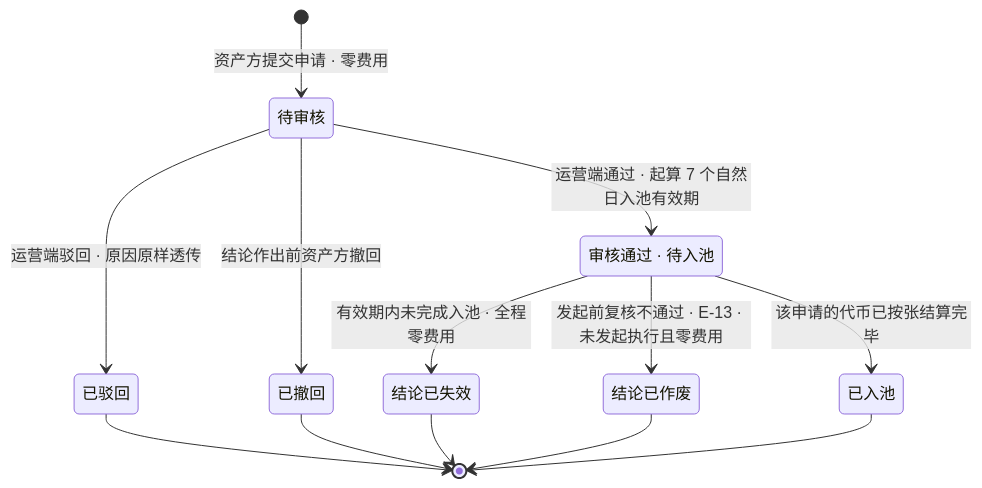
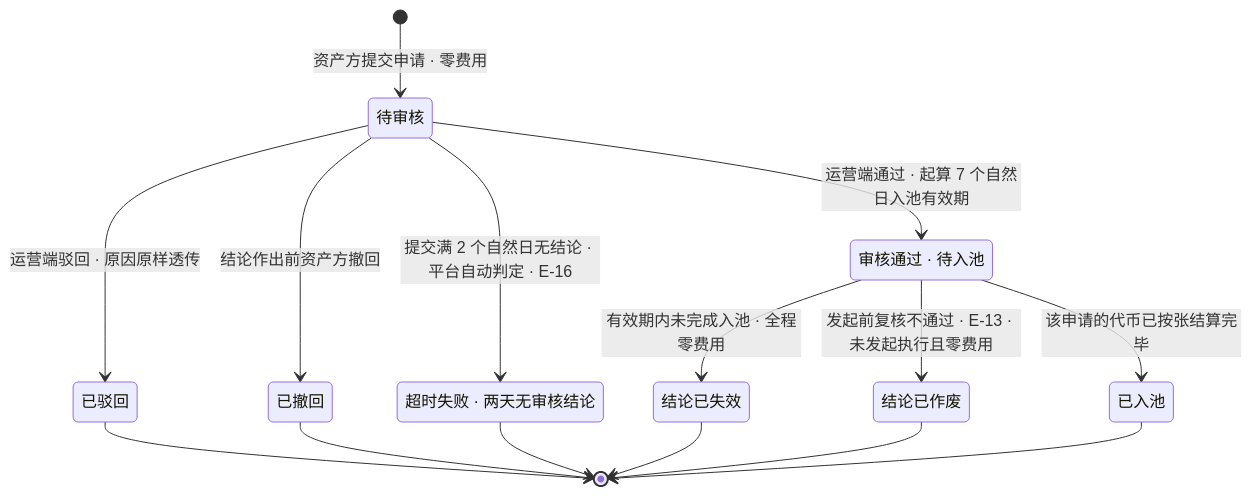
Before and after one commit to wxblockchain/Chain-Financing: the ninth of 9 diagrams in lending-platform/PRD/v1.0-借贷广场-融资需求与代币质押/v1.0-借贷广场-融资需求与代币质押-流程图与状态机.md, drawn with Mermaid. The commit also changed other lines of this file and 3 other files, not shown here.

````diff
--- a/lending-platform/PRD/v1.0-借贷广场-融资需求与代币质押/v1.0-借贷广场-融资需求与代币质押-流程图与状态机.md
+++ b/lending-platform/PRD/v1.0-借贷广场-融资需求与代币质押/v1.0-借贷广场-融资需求与代币质押-流程图与状态机.md
@@ -242,22 +244,25 @@
 ```mermaid
 stateDiagram-v2
   SUBMIT: 待审核
   APPROVED: 审核通过 · 待入池
   REJECTED: 已驳回
   CANCELED: 已撤回
   EXPIRED: 结论已失效
+  TIMEOUT: 超时失败 · 两天无审核结论
   VOIDED: 结论已作废
   DONE: 已入池
   [*] --> SUBMIT: 资产方提交申请 · 零费用
   SUBMIT --> REJECTED: 运营端驳回 · 原因原样透传
   SUBMIT --> CANCELED: 结论作出前资产方撤回
+  SUBMIT --> TIMEOUT: 提交满 2 个自然日无结论 · 平台自动判定 · E-16
   SUBMIT --> APPROVED: 运营端通过 · 起算 7 个自然日入池有效期
   APPROVED --> EXPIRED: 有效期内未完成入池 · 全程零费用
   APPROVED --> VOIDED: 发起前复核不通过 · E-13 · 未发起执行且零费用
   APPROVED --> DONE: 该申请的代币已按张结算完毕
   REJECTED --> [*]
   CANCELED --> [*]
   EXPIRED --> [*]
+  TIMEOUT --> [*]
   VOIDED --> [*]
   DONE --> [*]
 ```
````
